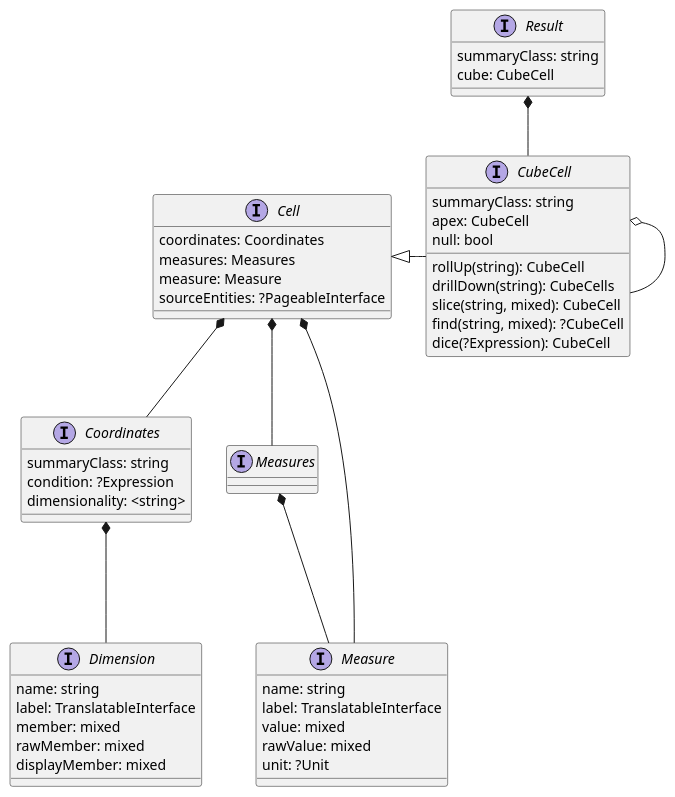
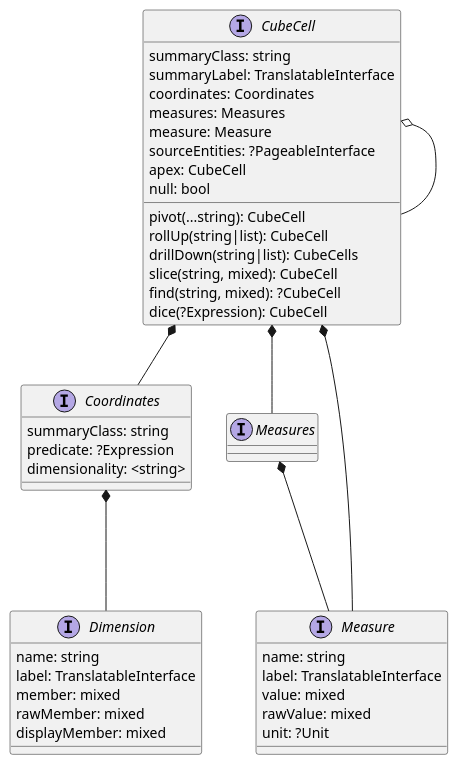
One commit to rekalogika/rekalogika-docs changed the diagram in docs/analytics/04-query/diagrams/cube.puml. Above: the diagram before and after it, drawn with PlantUML. The commit also changed 8 other files, not shown here.

```diff
--- a/docs/analytics/04-query/diagrams/cube.puml
+++ b/docs/analytics/04-query/diagrams/cube.puml
@@ -1,64 +1,54 @@
 @startuml
 
-interface Result {
+interface CubeCell {
     summaryClass: string
-    cube: CubeCell
-}
-
-Result *-- CubeCell
-
-interface Cell {
+    summaryLabel: TranslatableInterface
     coordinates: Coordinates
     measures: Measures
     measure: Measure
     sourceEntities: ?PageableInterface
-}
-
-Cell *-- Coordinates
-Cell *-- Measures
-Cell *-- Measure
-
-interface CubeCell {
-    summaryClass: string
     apex: CubeCell
     null: bool
-    rollUp(string): CubeCell
-    drillDown(string): CubeCells
+    pivot(...string): CubeCell
+    rollUp(string|list): CubeCell
+    drillDown(string|list): CubeCells
     slice(string, mixed): CubeCell
     find(string, mixed): ?CubeCell
     dice(?Expression): CubeCell
 }
 
-Cell <|- CubeCell
+CubeCell *-- Coordinates
+CubeCell *-- Measures
+CubeCell *-- Measure
 CubeCell o-- CubeCell
 
 interface Dimension {
     name: string
     label: TranslatableInterface
     member: mixed
     rawMember: mixed
     displayMember: mixed
 }
 
 interface Measure {
     name: string
     label: TranslatableInterface
     value: mixed
     rawValue: mixed
     unit: ?Unit
 }
 
 interface Coordinates {
     summaryClass: string
-    condition: ?Expression
+    predicate: ?Expression
     dimensionality: <string>
 }
 
 Coordinates *--- Dimension
 
 interface Measures {
 }
 
 Measures *--- Measure
 
 @endu
```
